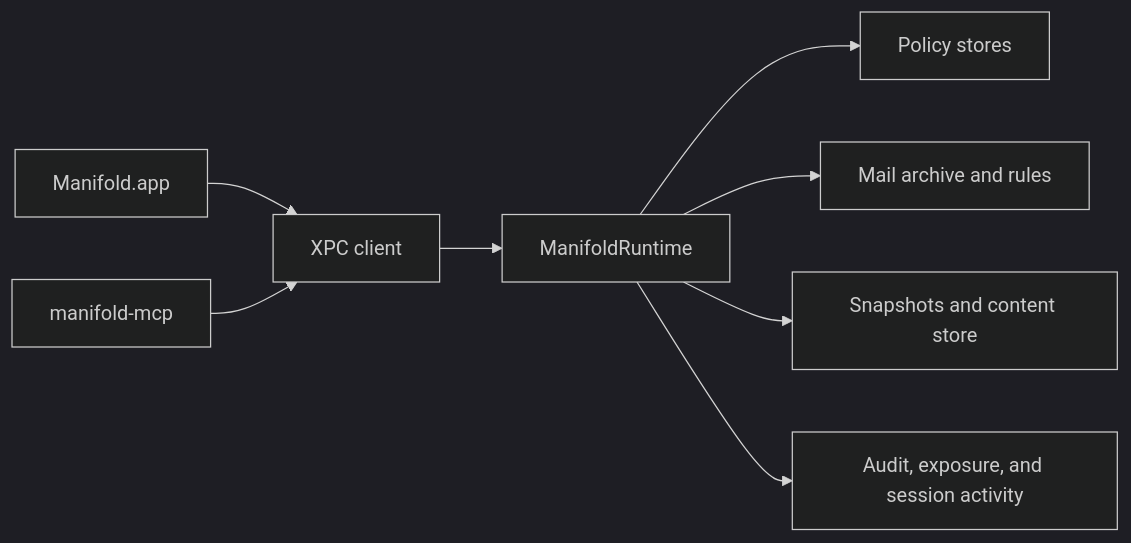
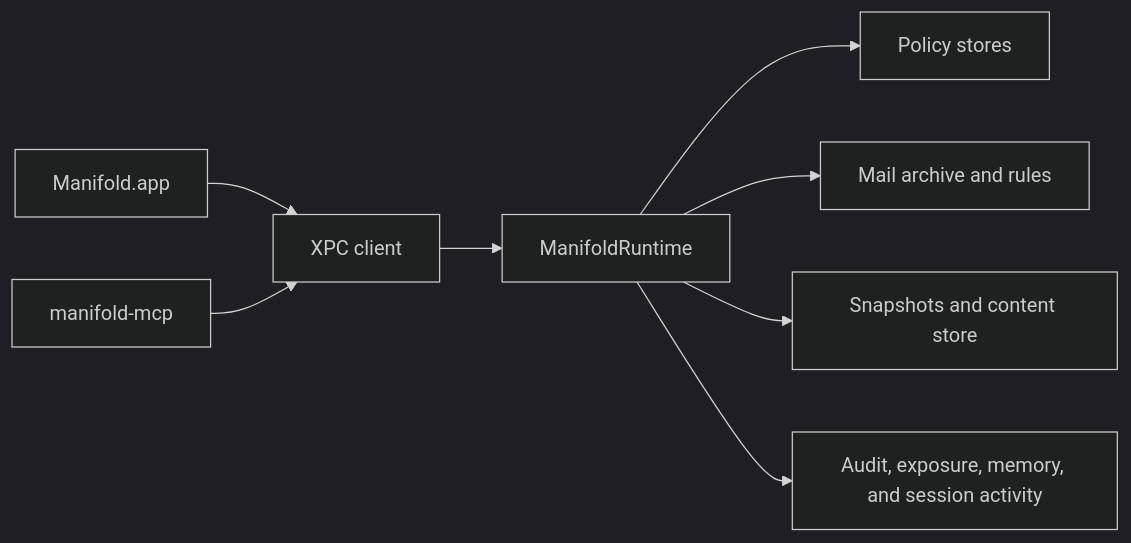
The sixth of 8 diagrams in docs/architecture.md (Spatial-Duality/Manifold), drawn with Mermaid (dark theme) before and after one commit. The commit also changed other lines of this file and 46 other files, not shown here.

````diff
--- a/docs/architecture.md
+++ b/docs/architecture.md
@@ -158,10 +158,10 @@
 ```mermaid
 flowchart LR
     A["Manifold.app"] --> X["XPC client"]
     C["manifold-mcp"] --> X
     X --> R["ManifoldRuntime"]
     R --> P["Policy stores"]
     R --> E["Mail archive and rules"]
     R --> S["Snapshots and content store"]
-    R --> H["Audit, exposure, and session activity"]
+    R --> H["Audit, exposure, memory, and session activity"]
 ```
````
